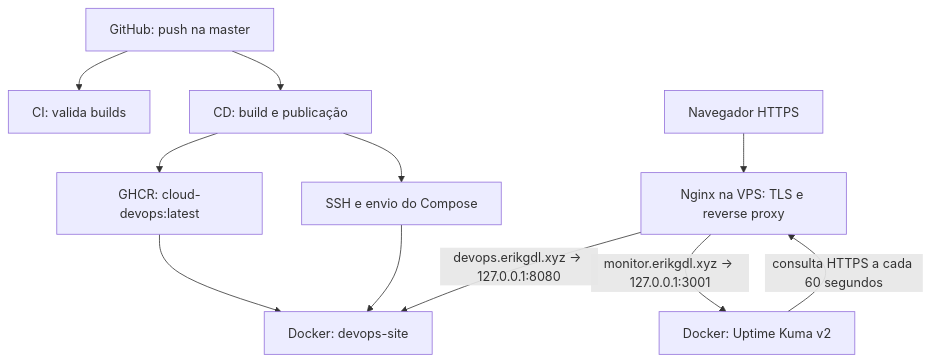
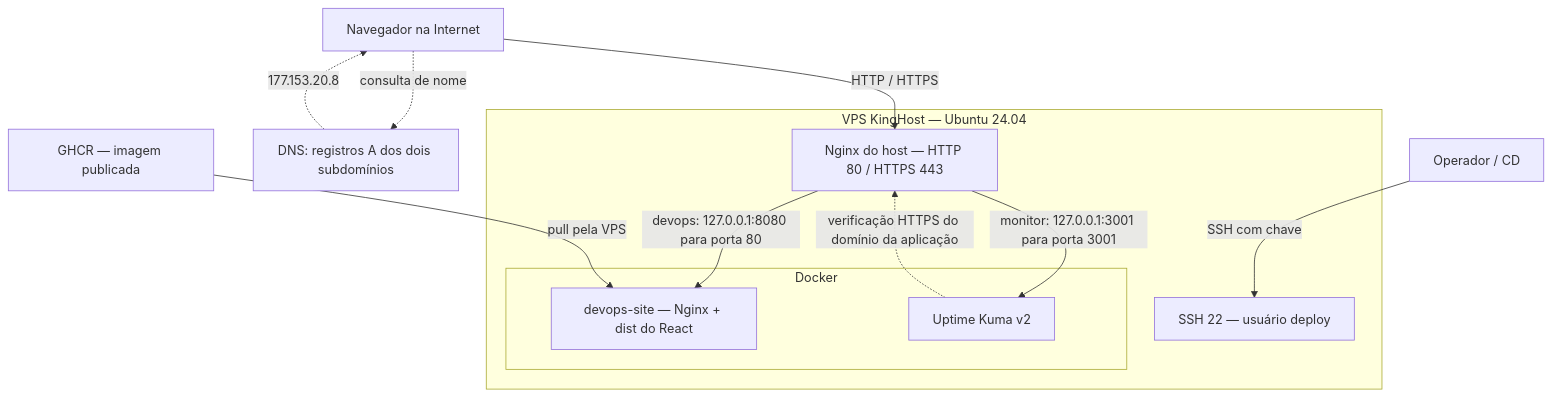
One commit to erikgdl/cloud-devops changed the diagram in docs/02-arquitetura-do-ambiente.md. Above: the diagram before and after it, drawn with Mermaid. The commit also changed other lines of this file and 13 other files, not shown here.

````diff
--- a/docs/02-arquitetura-do-ambiente.md
+++ b/docs/02-arquitetura-do-ambiente.md
@@ -6,13 +7,21 @@
 ```mermaid
-flowchart TD
-  Git[GitHub: push na master] --> CI[CI: valida builds]
-  Git --> CD[CD: build e publicação]
-  CD --> GHCR[GHCR: cloud-devops:latest]
-  CD --> SSH[SSH e envio do Compose]
-  GHCR --> App[Docker: devops-site]
-  SSH --> App
-  Browser[Navegador HTTPS] --> Proxy[Nginx na VPS: TLS e reverse proxy]
-  Proxy -->|devops.erikgdl.xyz → 127.0.0.1:8080| App
-  Proxy -->|monitor.erikgdl.xyz → 127.0.0.1:3001| Kuma[Docker: Uptime Kuma v2]
-  Kuma -->|consulta HTTPS a cada 60 segundos| Proxy
+flowchart TB
+    Browser["Navegador na Internet"]
+    DNS["DNS: registros A dos dois subdomínios"]
+    Browser -. "consulta de nome" .-> DNS
+    DNS -. "177.153.20.8" .-> Browser
+    subgraph VPS["VPS KingHost — Ubuntu 24.04"]
+        Proxy["Nginx do host — HTTP 80 / HTTPS 443"]
+        SSH["SSH 22 — usuário deploy"]
+        subgraph Docker["Docker"]
+            App["devops-site — Nginx + dist do React"]
+            Kuma["Uptime Kuma v2"]
+        end
+        Proxy -->|"devops: 127.0.0.1:8080 para porta 80"| App
+        Proxy -->|"monitor: 127.0.0.1:3001 para porta 3001"| Kuma
+        Kuma -. "verificação HTTPS do domínio da aplicação" .-> Proxy
+    end
+    Browser -->|"HTTP / HTTPS"| Proxy
+    Operator["Operador / CD"] -->|"SSH com chave"| SSH
+    GHCR["GHCR — imagem publicada"] -->|"pull pela VPS"| App
 ```
````
